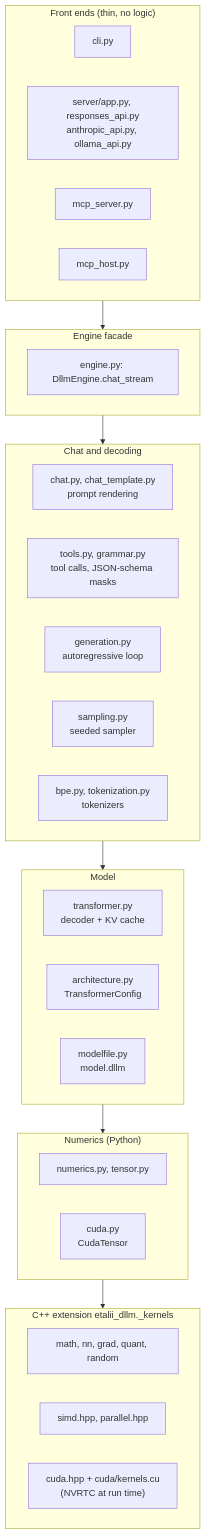
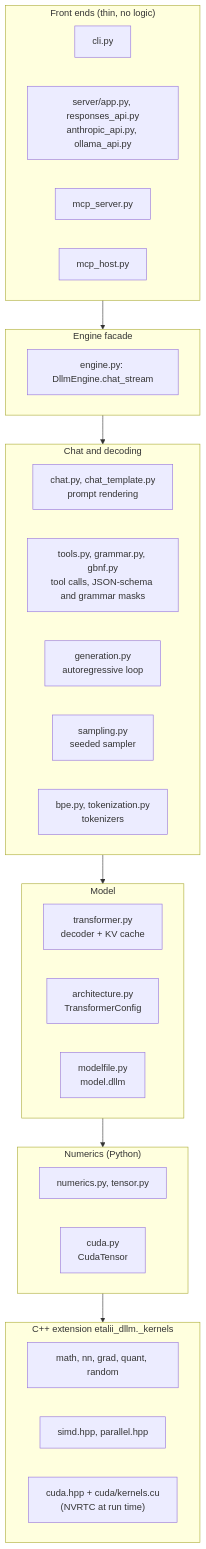
The second of 2 diagrams in docs/architecture/README.md (vrenken/etalii.dllm), drawn with Mermaid before and after one commit. The commit also changed other lines of this file and 15 other files, not shown here.

````diff
--- a/docs/architecture/README.md
+++ b/docs/architecture/README.md
@@ -80,45 +80,45 @@
 ```mermaid
 flowchart TB
     subgraph fe["Front ends (thin, no logic)"]
         direction LR
         cli["cli.py"]
         app["server/app.py, responses_api.py<br/>anthropic_api.py, ollama_api.py"]
         mcps["mcp_server.py"]
         mcph["mcp_host.py"]
     end
 
     subgraph eng["Engine facade"]
         engine["engine.py: DllmEngine.chat_stream"]
     end
 
     subgraph chat["Chat and decoding"]
         direction LR
         tmpl["chat.py, chat_template.py<br/>prompt rendering"]
-        tools["tools.py, grammar.py<br/>tool calls, JSON-schema masks"]
+        tools["tools.py, grammar.py, gbnf.py<br/>tool calls, JSON-schema and grammar masks"]
         gen["generation.py<br/>autoregressive loop"]
         samp["sampling.py<br/>seeded sampler"]
         tok["bpe.py, tokenization.py<br/>tokenizers"]
     end
 
     subgraph model["Model"]
         direction LR
         tr["transformer.py<br/>decoder + KV cache"]
         arch["architecture.py<br/>TransformerConfig"]
         mf["modelfile.py<br/>model.dllm"]
     end
 
     subgraph num["Numerics (Python)"]
         direction LR
         numerics["numerics.py, tensor.py"]
         cuda["cuda.py<br/>CudaTensor"]
     end
 
     subgraph cpp["C++ extension etalii_dllm._kernels"]
         direction LR
         kern["math, nn, grad, quant, random"]
         disp["simd.hpp, parallel.hpp"]
         cu["cuda.hpp + cuda/kernels.cu<br/>(NVRTC at run time)"]
     end
 
     fe --> eng --> chat --> model --> num --> cpp
 ```
````
